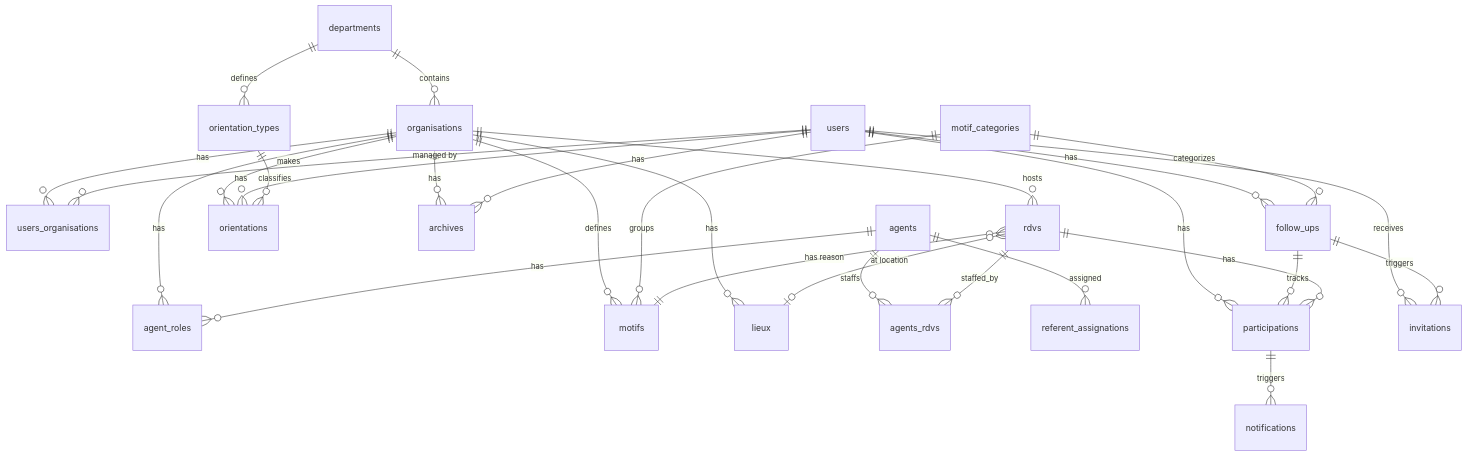
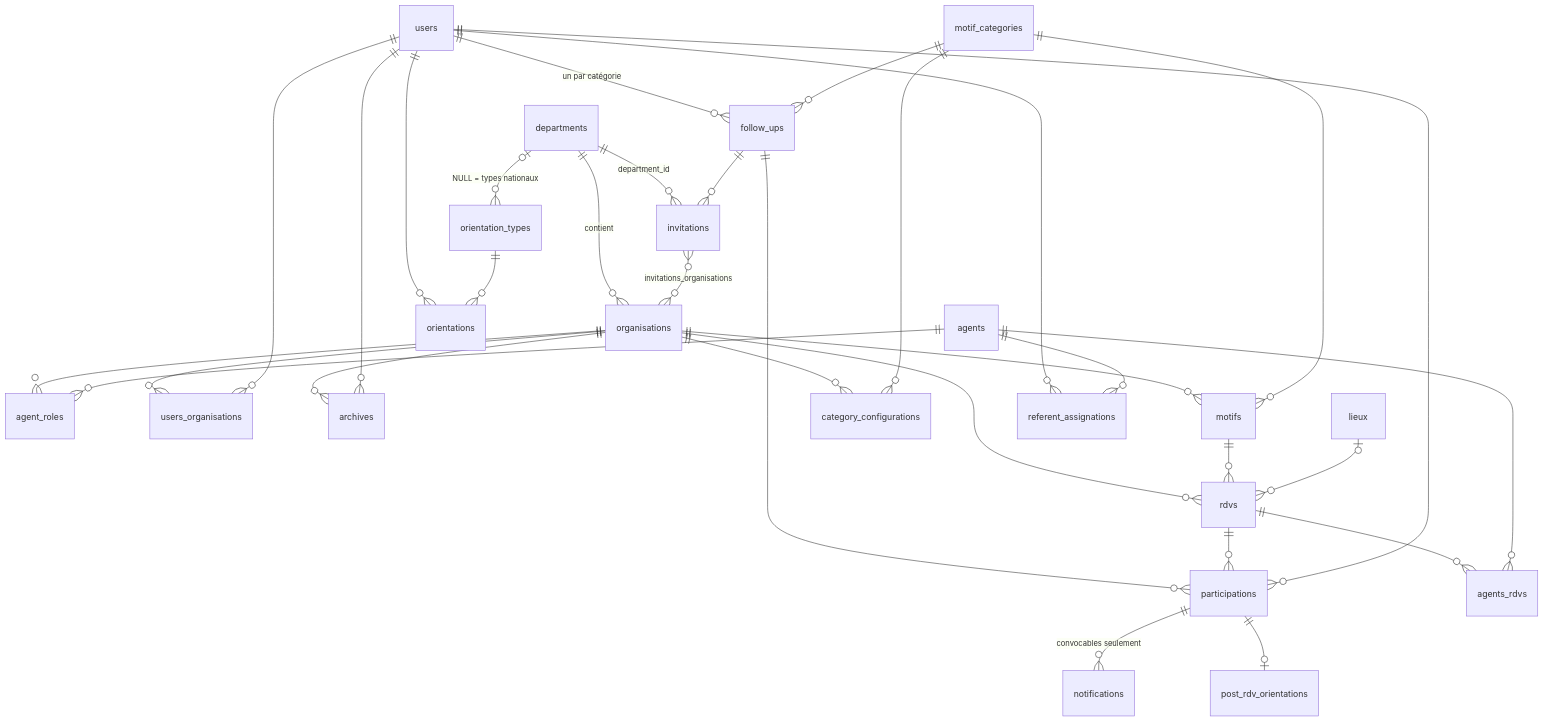
Before and after one commit to gip-inclusion/autometa: the second of 2 diagrams in knowledge/rdvi/README.md, drawn with Mermaid. The commit also changed other lines of this file, not shown here.

````diff
--- a/knowledge/rdvi/README.md
+++ b/knowledge/rdvi/README.md
@@ -266,39 +709,38 @@
 ```mermaid
 erDiagram
-    departments ||--o{ organisations : contains
-    departments ||--o{ orientation_types : defines
+    departments ||--o{ organisations : contient
+    departments ||--o{ invitations : "department_id"
+    departments |o--o{ orientation_types : "NULL = types nationaux"
 
-    organisations ||--o{ agent_roles : has
-    organisations ||--o{ users_organisations : has
-    organisations ||--o{ rdvs : hosts
-    organisations ||--o{ motifs : defines
-    organisations ||--o{ lieux : has
-    organisations ||--o{ orientations : makes
-    organisations ||--o{ archives : has
+    organisations ||--o{ agent_roles : ""
+    agents ||--o{ agent_roles : ""
+    organisations ||--o{ users_organisations : ""
+    users ||--o{ users_organisations : ""
+    organisations ||--o{ archives : ""
+    users ||--o{ archives : ""
+    organisations ||--o{ motifs : ""
+    organisations ||--o{ category_configurations : ""
+    motif_categories ||--o{ category_configurations : ""
+    motif_categories ||--o{ motifs : ""
 
-    agents ||--o{ agent_roles : has
-    agents ||--o{ agents_rdvs : staffs
-    agents ||--o{ referent_assignations : assigned
+    users ||--o{ follow_ups : "un par catégorie"
+    motif_categories ||--o{ follow_ups : ""
+    follow_ups ||--o{ invitations : ""
+    invitations }o--o{ organisations : invitations_organisations
+    follow_ups ||--o{ participations : ""
 
-    users ||--o{ users_organisations : "managed by"
-    users ||--o{ follow_ups : has
-    users ||--o{ participations : has
-    users ||--o{ invitations : receives
-    users ||--o{ orientations : has
-    users ||--o{ archives : has
+    organisations ||--o{ rdvs : ""
+    motifs ||--o{ rdvs : ""
+    lieux |o--o{ rdvs : ""
+    rdvs ||--o{ participations : ""
+    rdvs ||--o{ agents_rdvs : ""
+    agents ||--o{ agents_rdvs : ""
+    users ||--o{ participations : ""
+    participations ||--o{ notifications : "convocables seulement"
+    participations ||--o| post_rdv_orientations : ""
 
-    motif_categories ||--o{ motifs : groups
-    motif_categories ||--o{ follow_ups : categorizes
-
-    follow_ups ||--o{ invitations : triggers
-    follow_ups ||--o{ participations : tracks
-
-    rdvs ||--o{ participations : has
-    rdvs ||--o{ agents_rdvs : staffed_by
-    rdvs }o--|| motifs : "has reason"
-    rdvs }o--o| lieux : "at location"
-
-    participations ||--o{ notifications : triggers
-
-    orientation_types ||--o{ orientations : classifies
+    users ||--o{ orientations : ""
+    orientation_types ||--o{ orientations : ""
+    users ||--o{ referent_assignations : ""
+    agents ||--o{ referent_assignations : ""
 ```
````
